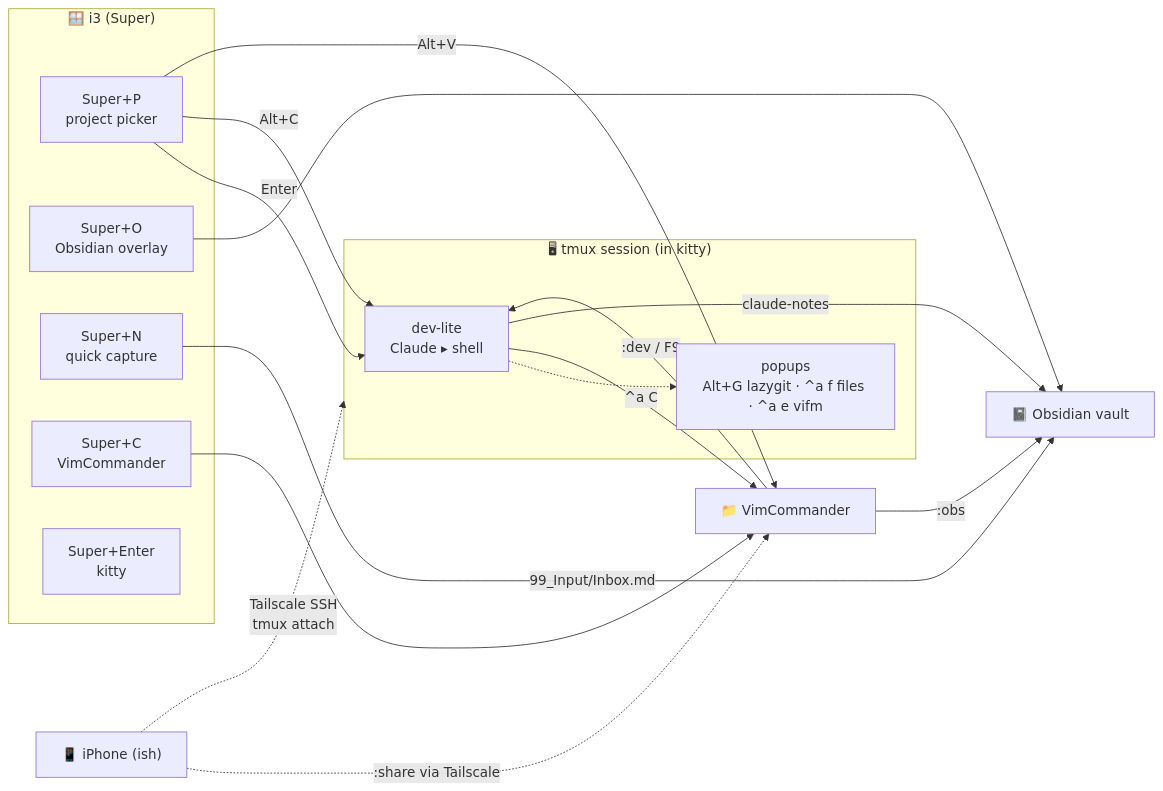
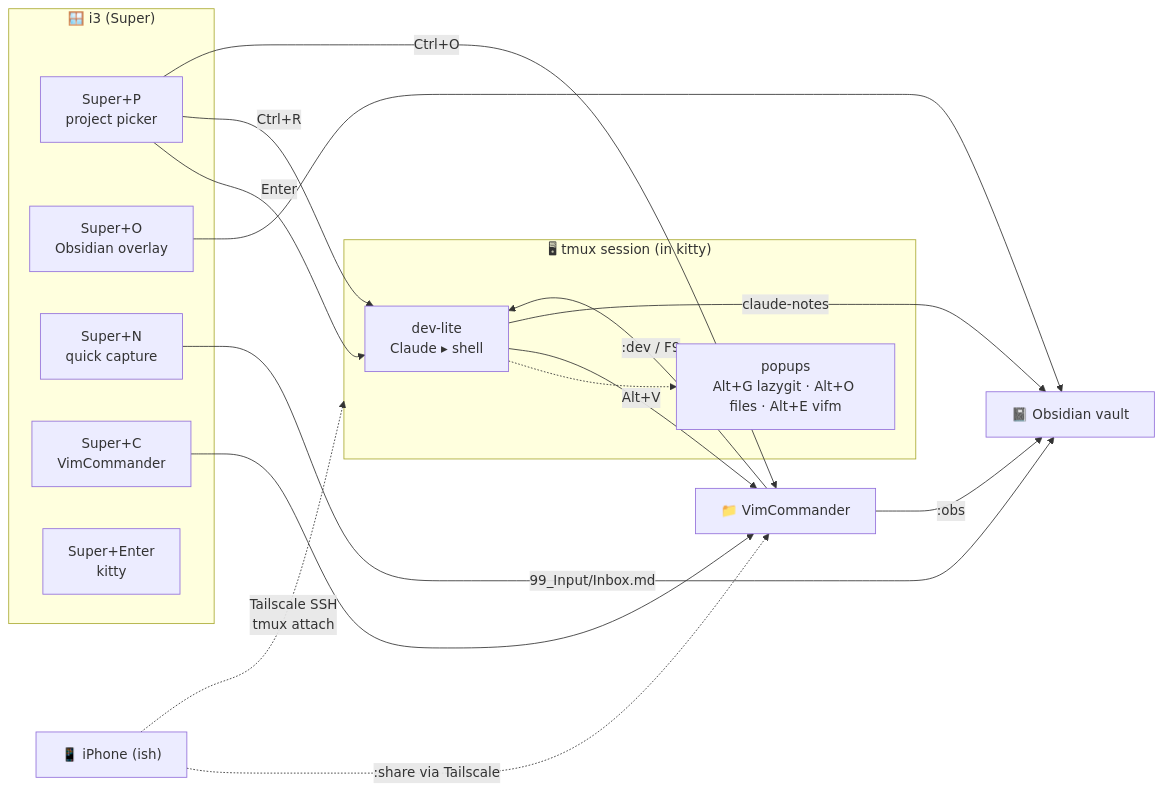
Before and after one commit to vim4all/dotfiles: the first of 4 diagrams in README.md, drawn with Mermaid. The commit also changed other lines of this file and 5 other files, not shown here.

````diff
--- a/README.md
+++ b/README.md
@@ -65,31 +65,31 @@
 ```mermaid
 flowchart LR
     subgraph i3["🪟 i3 (Super)"]
         P["Super+P<br/>project picker"]
         O["Super+O<br/>Obsidian overlay"]
         N["Super+N<br/>quick capture"]
         C["Super+C<br/>VimCommander"]
         T["Super+Enter<br/>kitty"]
     end
 
     P -->|Enter| LITE
-    P -->|Alt+C| LITE
-    P -->|Alt+V| VC
+    P -->|Ctrl+R| LITE
+    P -->|Ctrl+O| VC
     C --> VC
 
     subgraph tmux["🖥 tmux session (in kitty)"]
         LITE["dev-lite<br/>Claude ▸ shell"]
-        POP["popups<br/>Alt+G lazygit · ^a f files · ^a e vifm"]
+        POP["popups<br/>Alt+G lazygit · Alt+O files · Alt+E vifm"]
         LITE -.-> POP
     end
 
     VC["📁 VimCommander"] -->|":dev / F9"| LITE
     VC -->|":obs"| OBS
-    LITE -->|"^a C"| VC
+    LITE -->|"Alt+V"| VC
     O --> OBS["📓 Obsidian vault"]
     N -->|"99_Input/Inbox.md"| OBS
     LITE -->|"claude-notes"| OBS
 
     PHONE["📱 iPhone (ish)"] -.->|"Tailscale SSH<br/>tmux attach"| tmux
     PHONE -.->|":share via Tailscale"| VC
 ```
````
